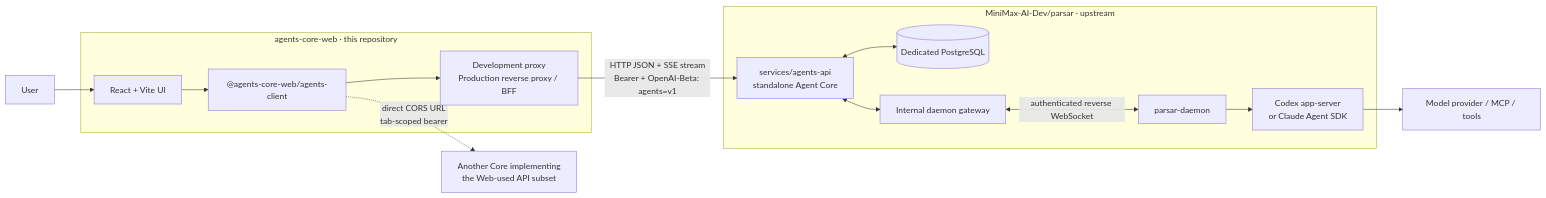
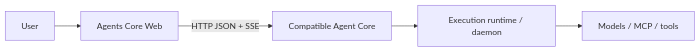
The diagram in README.md (MiniMax-AI-Dev/agents-core-web), drawn with Mermaid before and after one commit. The commit also changed other lines of this file and 2 other files, not shown here.

Commit message:
docs: refocus README on user setup

````diff
--- a/README.md
+++ b/README.md
@@ -38,31 +92,7 @@
 ```mermaid
 flowchart LR
-  user["User"]
-
-  subgraph webrepo["agents-core-web · this repository"]
-    ui["React + Vite UI"]
-    client["@agents-core-web/agents-client"]
-    edge["Development proxy<br/>Production reverse proxy / BFF"]
-    ui --> client --> edge
-  end
-
-  subgraph parsarrepo["MiniMax-AI-Dev/parsar · upstream"]
-    core["services/agents-api<br/>standalone Agent Core"]
-    db[("Dedicated PostgreSQL")]
-    gateway["Internal daemon gateway"]
-    daemon["parsar-daemon"]
-    harness["Codex app-server<br/>or Claude Agent SDK"]
-
-    core <--> db
-    core <--> gateway
-    gateway <-->|"authenticated reverse WebSocket"| daemon
-    daemon --> harness
-  end
-
-  compatible["Another Core implementing<br/>the Web-used API subset"]
-  provider["Model provider / MCP / tools"]
-  user --> ui
-  edge -->|"HTTP JSON + SSE stream<br/>Bearer + OpenAI-Beta: agents=v1"| core
-  client -. "direct CORS URL<br/>tab-scoped bearer" .-> compatible
-  harness --> provider
+  user["User"] --> web["Agents Core Web"]
+  web -->|"HTTP JSON + SSE"| core["Compatible Agent Core"]
+  core --> runtime["Execution runtime / daemon"]
+  runtime --> tools["Models / MCP / tools"]
 ```
````
